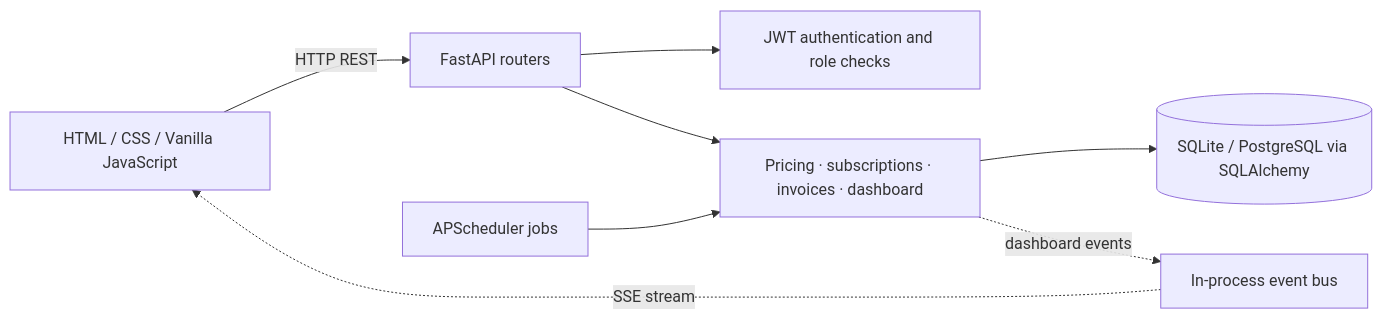
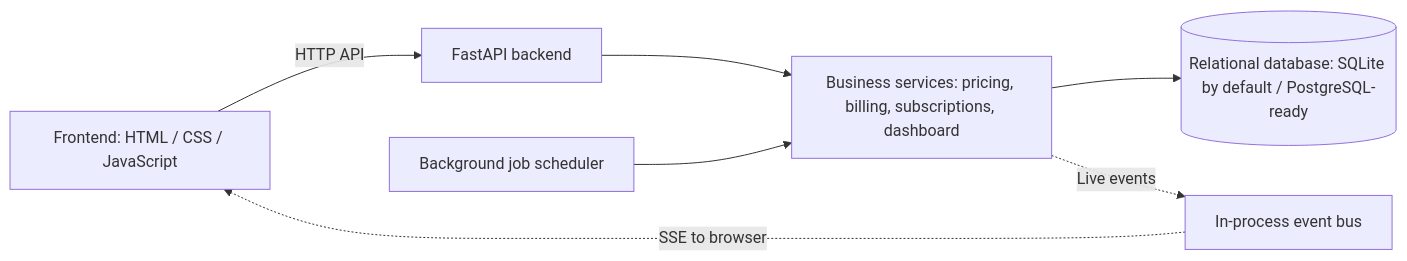
The diagram in README.md (suraj-mm/subsription_management_system), drawn with Mermaid before and after one commit. The commit also changed other lines of this file, not shown here.

````diff
--- a/README.md
+++ b/README.md
@@ -163,10 +97,9 @@
 ```mermaid
 flowchart LR
-    Browser[HTML / CSS / Vanilla JavaScript] -->|HTTP REST| API[FastAPI routers]
-    API --> Auth[JWT authentication and role checks]
-    API --> Services[Pricing · subscriptions · invoices · dashboard]
-    Services --> DB[(SQLite / PostgreSQL via SQLAlchemy)]
-    Scheduler[APScheduler jobs] --> Services
-    Services -. dashboard events .-> EventBus[In-process event bus]
-    EventBus -. SSE stream .-> Browser
+    Browser[Frontend: HTML / CSS / JavaScript] -->|HTTP API| API[FastAPI backend]
+    API --> Services[Business services: pricing, billing, subscriptions, dashboard]
+    Services --> DB[(Relational database: SQLite by default / PostgreSQL-ready)]
+    Scheduler[Background job scheduler] --> Services
+    Services -. Live events .-> EventBus[In-process event bus]
+    EventBus -. SSE to browser .-> Browser
 ```
````
